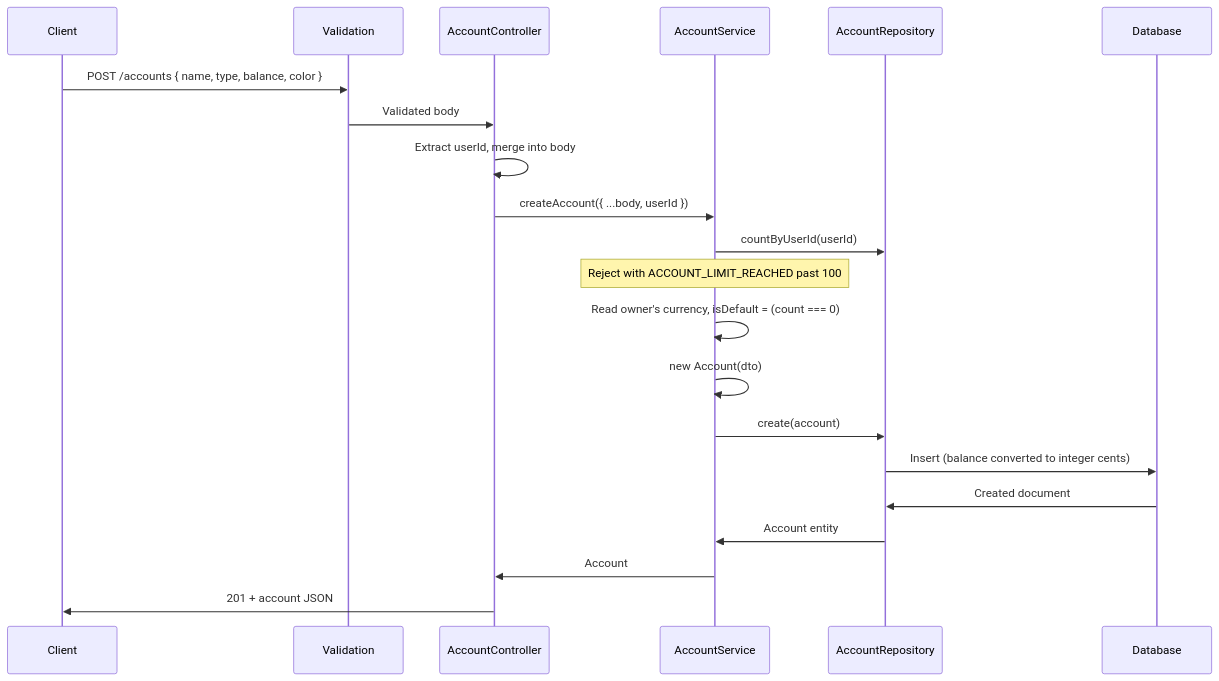
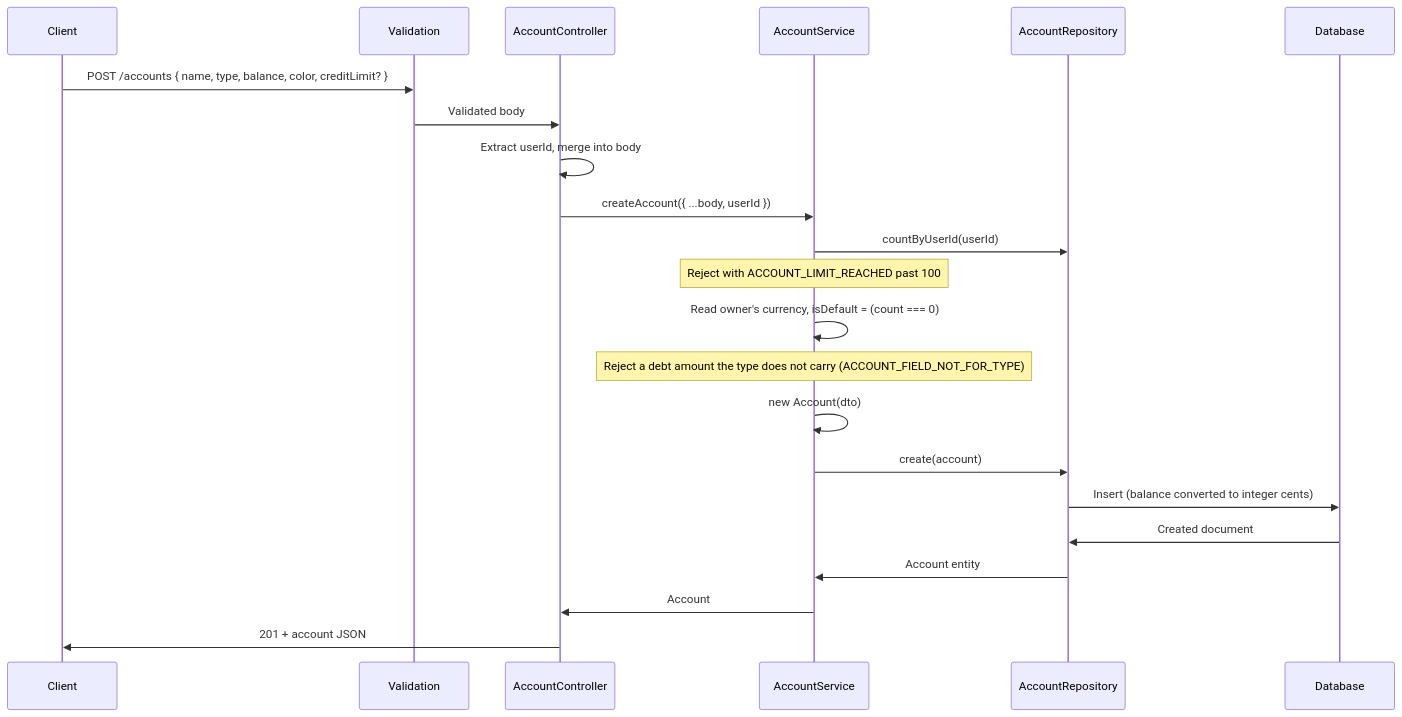
One commit to alex16jpv/lag-money-manager changed the diagram in docs/modules/accounts.md. Above: the diagram before and after it, drawn with Mermaid. The commit also changed other lines of this file and 22 other files, not shown here.

First line of the commit message:
feat(accounts): two optional debt amounts on an account (T-87)

````diff
--- a/docs/modules/accounts.md
+++ b/docs/modules/accounts.md
@@ -78,24 +87,25 @@
 ```mermaid
 sequenceDiagram
     participant C as Client
     participant VAL as Validation
     participant CTRL as AccountController
     participant SVC as AccountService
     participant REPO as AccountRepository
     participant DB as Database
 
-    C->>VAL: POST /accounts { name, type, balance, color }
+    C->>VAL: POST /accounts { name, type, balance, color, creditLimit? }
     VAL->>CTRL: Validated body
     CTRL->>CTRL: Extract userId, merge into body
     CTRL->>SVC: createAccount({ ...body, userId })
     SVC->>REPO: countByUserId(userId)
     Note over SVC: Reject with ACCOUNT_LIMIT_REACHED past 100
     SVC->>SVC: Read owner's currency, isDefault = (count === 0)
+    Note over SVC: Reject a debt amount the type does not carry (ACCOUNT_FIELD_NOT_FOR_TYPE)
     SVC->>SVC: new Account(dto)
     SVC->>REPO: create(account)
     REPO->>DB: Insert (balance converted to integer cents)
     DB->>REPO: Created document
     REPO->>SVC: Account entity
     SVC->>CTRL: Account
     CTRL->>C: 201 + account JSON
 ```
````
